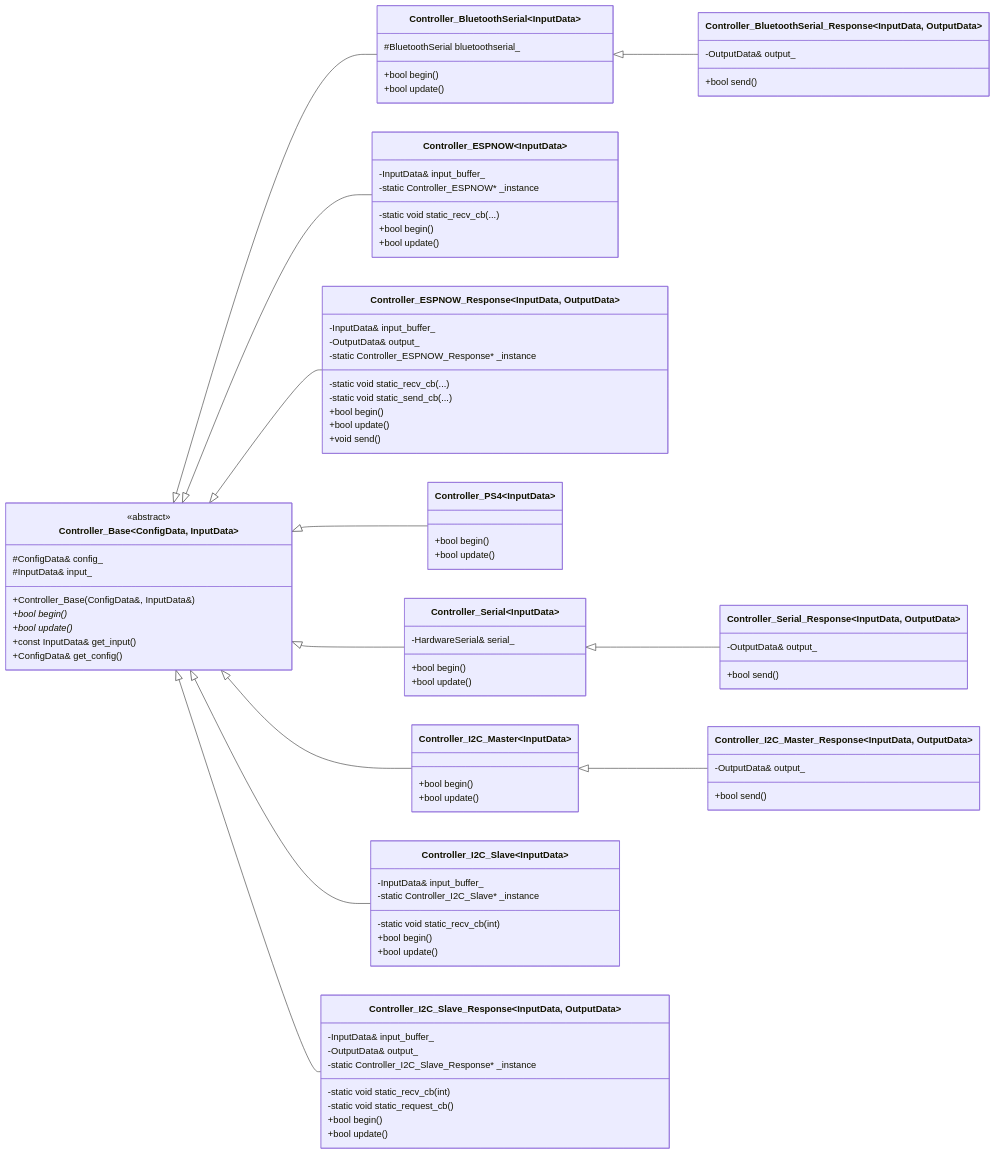
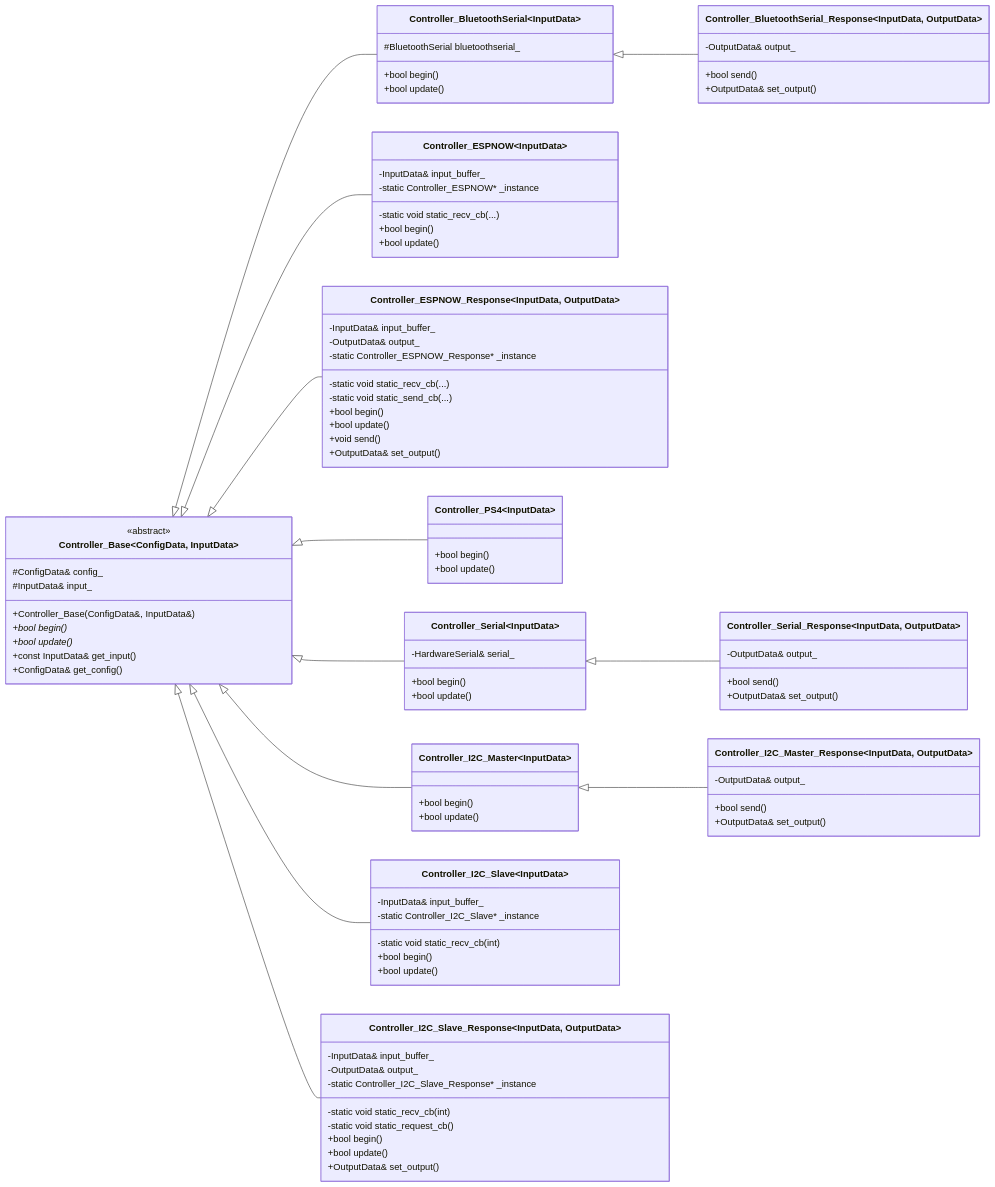
One commit to Tomoooji/esp32-controller changed the second of 2 diagrams in README.md. Above: the diagram before and after it, drawn with Mermaid. The commit also changed other lines of this file, not shown here.

```diff
--- a/README.md
+++ b/README.md
@@ -210,6 +209,7 @@
     class Controller_BluetoothSerial_Response~InputData, OutputData~ {
         -OutputData& output_
         +bool send()
+        +OutputData& set_output()
     }
 
     class Controller_ESPNOW~InputData~ {
@@ -229,6 +229,7 @@
         +bool begin()
         +bool update()
         +void send()
+        +OutputData& set_output()
     }
 
     class Controller_PS4~InputData~ {
@@ -245,6 +246,7 @@
     class Controller_Serial_Response~InputData, OutputData~ {
         -OutputData& output_
         +bool send()
+        +OutputData& set_output()
     }
 
     class Controller_I2C_Master~InputData~ {
@@ -255,6 +257,7 @@
     class Controller_I2C_Master_Response~InputData, OutputData~ {
         -OutputData& output_
         +bool send()
+        +OutputData& set_output()
     }
 
     class Controller_I2C_Slave~InputData~ {
@@ -273,6 +276,7 @@
         -static void static_request_cb()
         +bool begin()
         +bool update()
+        +OutputData& set_output()
     }
 
     Controller_Base <|-- Controller_BluetoothSerial
```
